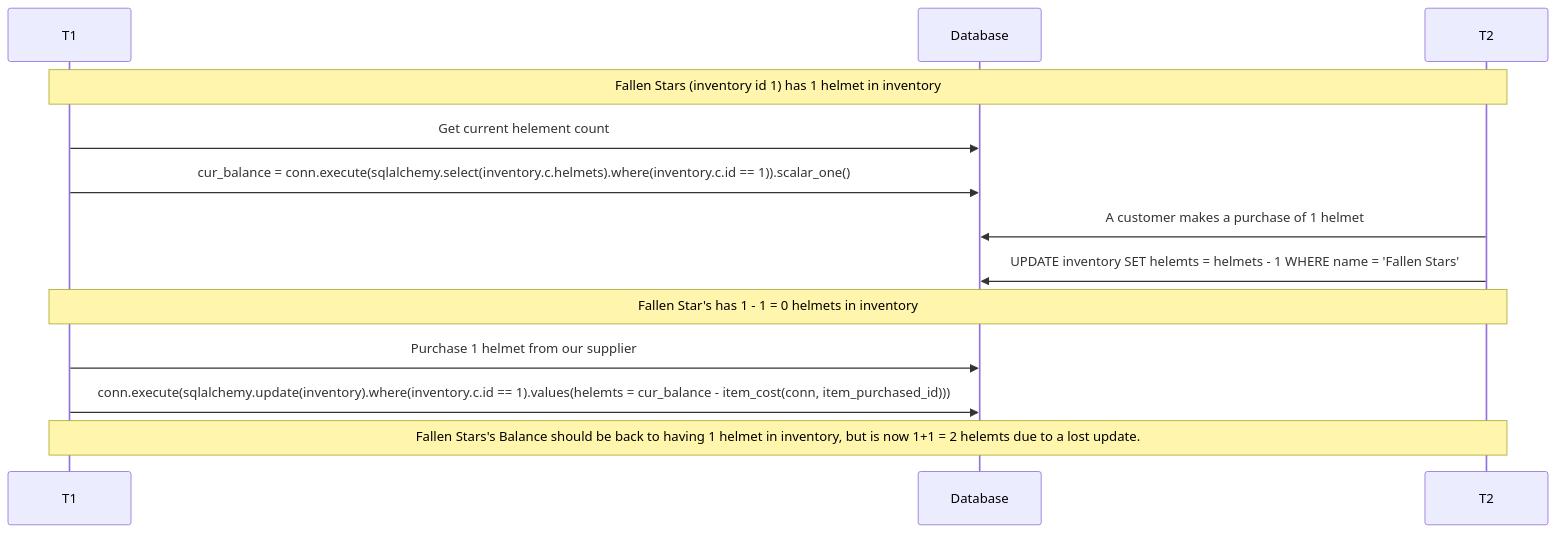
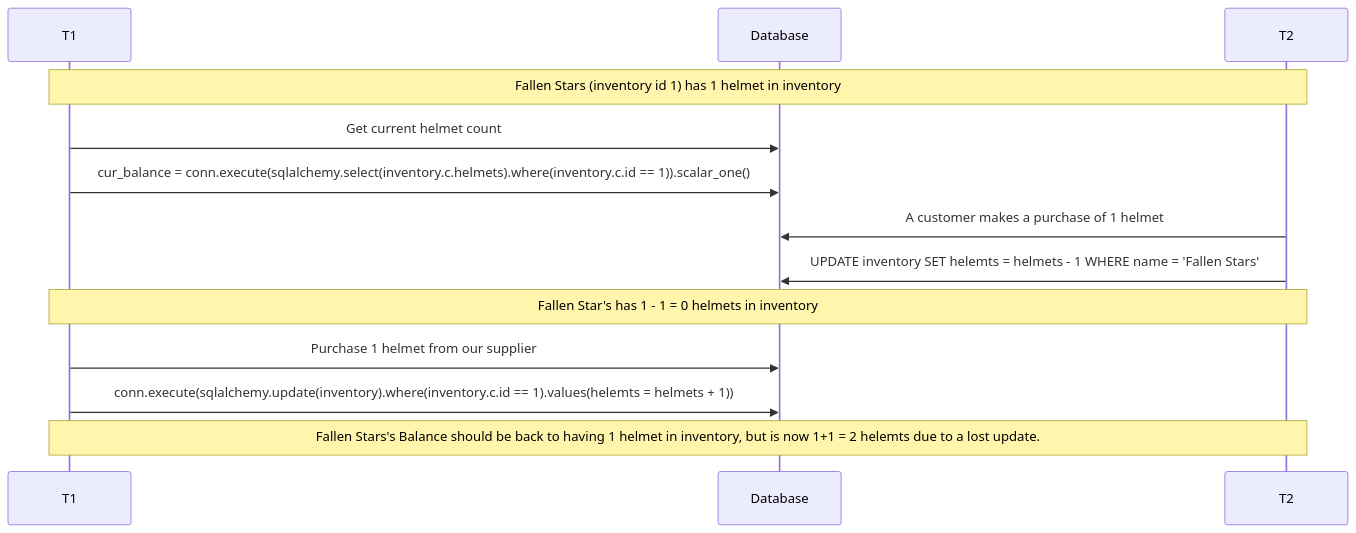
Before and after one commit to irwinj22/FallenStars: the second of 2 diagrams in docs/concurrency.md, drawn with Mermaid. The commit also changed other lines of this file, not shown here.

Commit message:
update conc.

````diff
--- a/docs/concurrency.md
+++ b/docs/concurrency.md
@@ -25,15 +25,15 @@
 ```mermaid
 sequenceDiagram
     participant T1
     participant Database
     participant T2
     Note over T1, T2: Fallen Stars (inventory id 1) has 1 helmet in inventory
-    T1->>Database: Get current helement count
+    T1->>Database: Get current helmet count
     T1->>Database: cur_balance = conn.execute(sqlalchemy.select(inventory.c.helmets).where(inventory.c.id == 1)).scalar_one();
     T2->>Database: A customer makes a purchase of 1 helmet
     T2->>Database: UPDATE inventory SET helemts = helmets - 1 WHERE name = 'Fallen Stars'
     Note over T1, T2: Fallen Star's has 1 - 1 = 0 helmets in inventory
     T1->>Database: Purchase 1 helmet from our supplier
-    T1->>Database: conn.execute(sqlalchemy.update(inventory).where(inventory.c.id == 1).values(helemts = cur_balance - item_cost(conn, item_purchased_id)))
+    T1->>Database: conn.execute(sqlalchemy.update(inventory).where(inventory.c.id == 1).values(helemts = helmets + 1))
     Note over T1, T2: Fallen Stars's Balance should be back to having 1 helmet in inventory, but is now 1+1 = 2 helemts due to a lost update.
 ```
````
